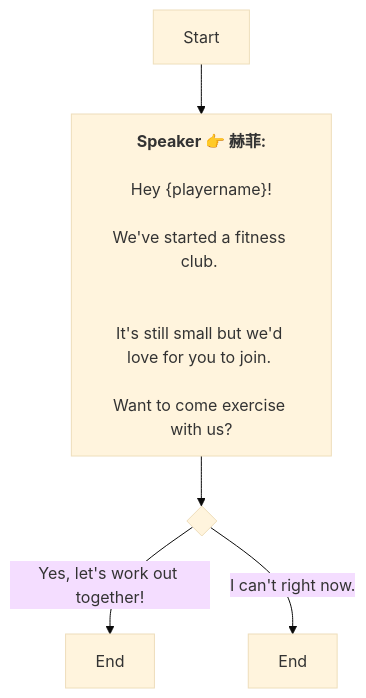
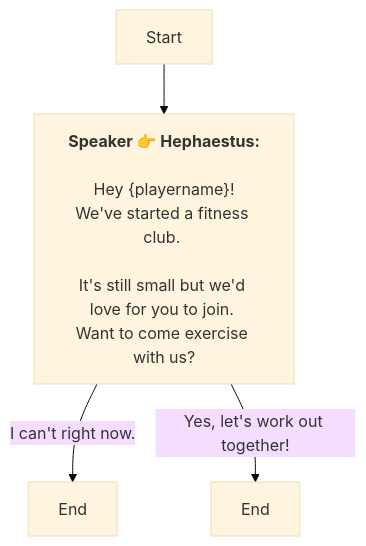
Before and after one commit to SoftHu/tos_avg: the diagram in Zh/QuestTalkObjectiveNode_1751363785150787.md, drawn with Mermaid (base theme). The commit also changed 737 other files, not shown here.

````diff
--- a/Zh/QuestTalkObjectiveNode_1751363785150787.md
+++ b/Zh/QuestTalkObjectiveNode_1751363785150787.md
@@ -1,19 +1,12 @@
 ```mermaid
 graph
-Start -->1772589905615049[<b>Speaker 👉 赫菲:</b>
+Start -->1772589905615049[<b>Speaker 👉 Hephaestus:</b>
+\nHey &lbrace;playername&rbrace;!
+We've started a fitness club. 
+\nIt's still small but we'd love for you to join. 
+Want to come exercise with us? 
+]
+1772589905615049 -->|I can't right now.  |1772589905615054[End]
+1772589905615049 -->|Yes, let's work out together! |1772589905615053[End]
 
-Hey &lbrace;playername&rbrace;!
-
-We've started a fitness club. 
-
-
-It's still small but we'd love for you to join. 
-
-Want to come exercise with us? 
-
-]
-1772589905615049 -->1772589905615052{ }
-1772589905615052 -->|Yes, let's work out together! |1772589905615053[End]
-1772589905615052 -->|I can't right now.  |1772589905615054[End]
-
- ```
+```
````
